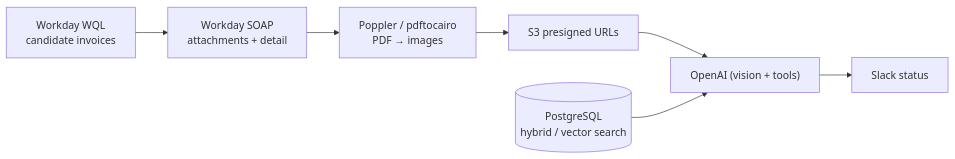
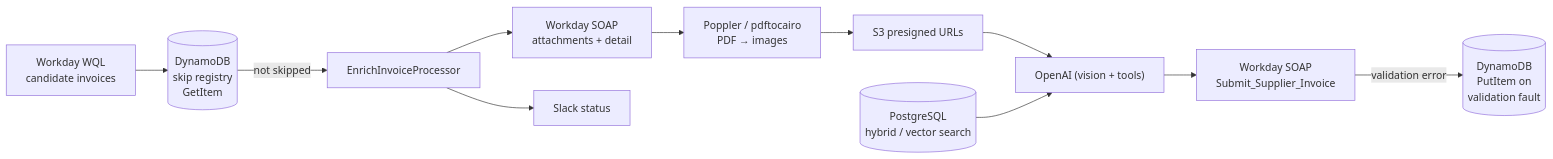
One commit to pgahq/finance-agent changed the third of 6 diagrams in docs/adr/0001-finance-agent-serverless-architecture.md. Above: the diagram before and after it, drawn with Mermaid. The commit also changed other lines of this file, not shown here.

First line of the commit message:
docs(adr): document DynamoDB validation skip registry

````diff
--- a/docs/adr/0001-finance-agent-serverless-architecture.md
+++ b/docs/adr/0001-finance-agent-serverless-architecture.md
@@ -108,17 +122,25 @@
 ```mermaid
 flowchart LR
   WQL["Workday WQL<br/>candidate invoices"]
+  DDB1[("DynamoDB<br/>skip registry<br/>GetItem")]
+  PROC["EnrichInvoiceProcessor"]
   SOAP["Workday SOAP<br/>attachments + detail"]
   PDF["Poppler / pdftocairo<br/>PDF → images"]
   S3["S3 presigned URLs"]
   AI["OpenAI (vision + tools)"]
   VDB[("PostgreSQL<br/>hybrid / vector search")]
+  WD2["Workday SOAP<br/>Submit_Supplier_Invoice"]
+  DDB2[("DynamoDB<br/>PutItem on<br/>validation fault")]
   SL["Slack status"]
 
-  WQL --> SOAP
+  WQL --> DDB1
+  DDB1 -->|"not skipped"| PROC
+  PROC --> SOAP
   SOAP --> PDF
   PDF --> S3
   S3 --> AI
   VDB --> AI
-  AI --> SL
+  AI --> WD2
+  WD2 -->|"validation error"| DDB2
+  PROC --> SL
 ```
````
